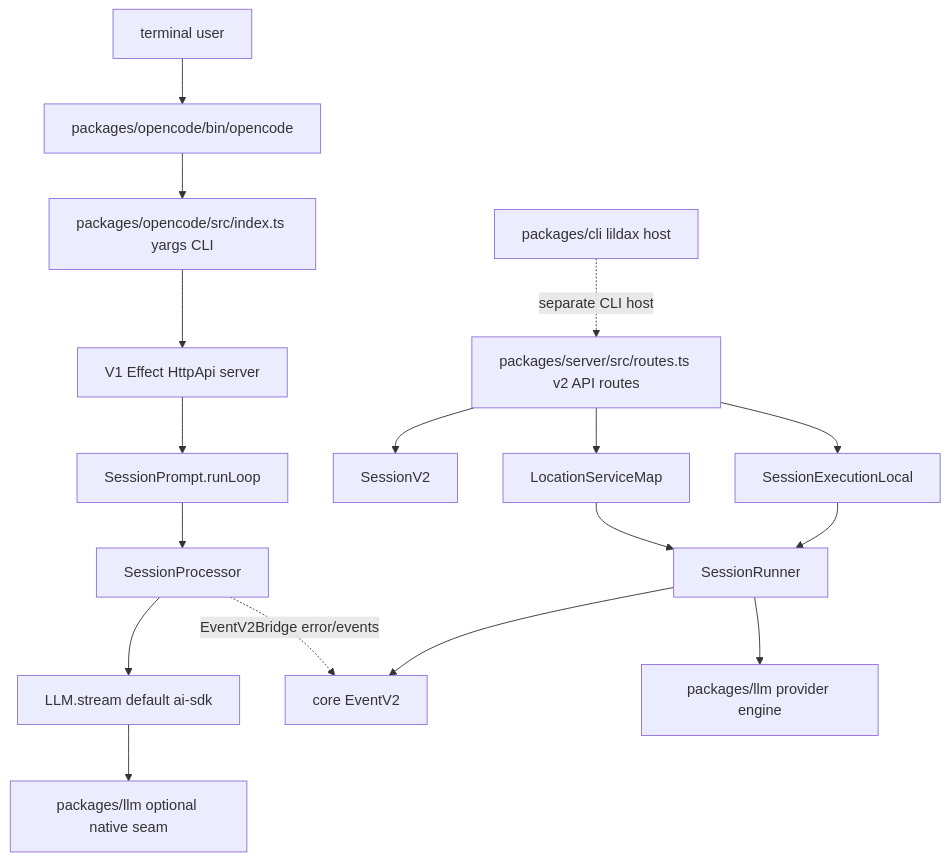
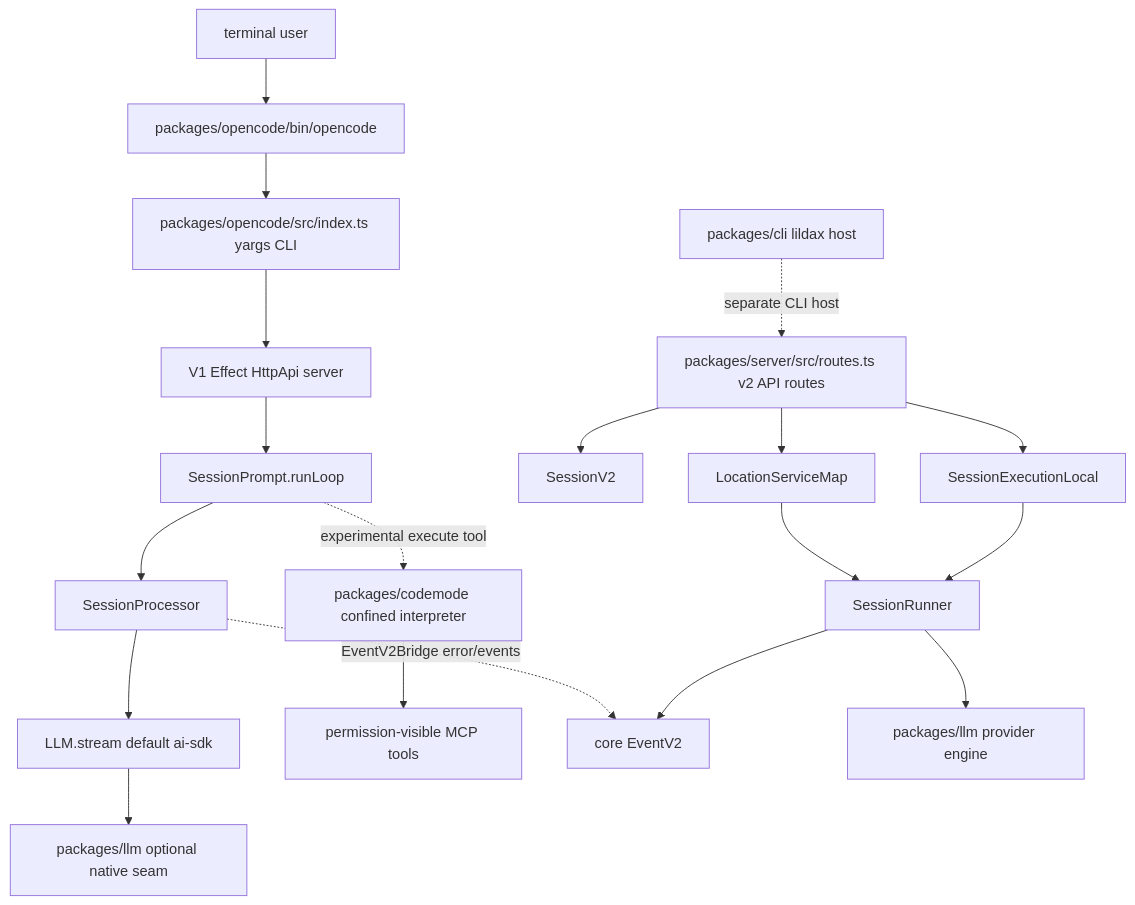
The diagram in docs/llm-wiki/opencode/spine/overview.md (wdnmdtonyma/SOTA-Agent-LLM-Wiki), drawn with Mermaid before and after one commit. The commit also changed other lines of this file and 188 other files, not shown here.

````diff
--- a/docs/llm-wiki/opencode/spine/overview.md
+++ b/docs/llm-wiki/opencode/spine/overview.md
@@ -24,19 +24,21 @@
 ```mermaid
 flowchart TD
   User["terminal user"] --> Bin["packages/opencode/bin/opencode"]
   Bin --> V1CLI["packages/opencode/src/index.ts yargs CLI"]
   V1CLI --> V1Server["V1 Effect HttpApi server"]
   V1Server --> V1Session["SessionPrompt.runLoop"]
   V1Session --> V1Processor["SessionProcessor"]
   V1Processor --> V1LLM["LLM.stream default ai-sdk"]
   V1LLM --> NativeOpt["packages/llm optional native seam"]
+  V1Session -. "experimental execute tool" .-> CodeMode["packages/codemode confined interpreter"]
+  CodeMode --> MCPTools["permission-visible MCP tools"]
   V1Processor -. "EventV2Bridge error/events" .-> EventV2["core EventV2"]
   V2Routes["packages/server/src/routes.ts v2 API routes"] --> V2Session["SessionV2"]
   V2Routes --> V2Execution["SessionExecutionLocal"]
   V2Routes --> LocationMap["LocationServiceMap"]
   LocationMap --> V2Runner
   V2Execution --> V2Runner["SessionRunner"]
   V2Runner --> V2LLM["packages/llm provider engine"]
   V2Runner --> EventV2
   Lildax["packages/cli lildax host"] -. "separate CLI host" .-> V2Routes
 ```
````
